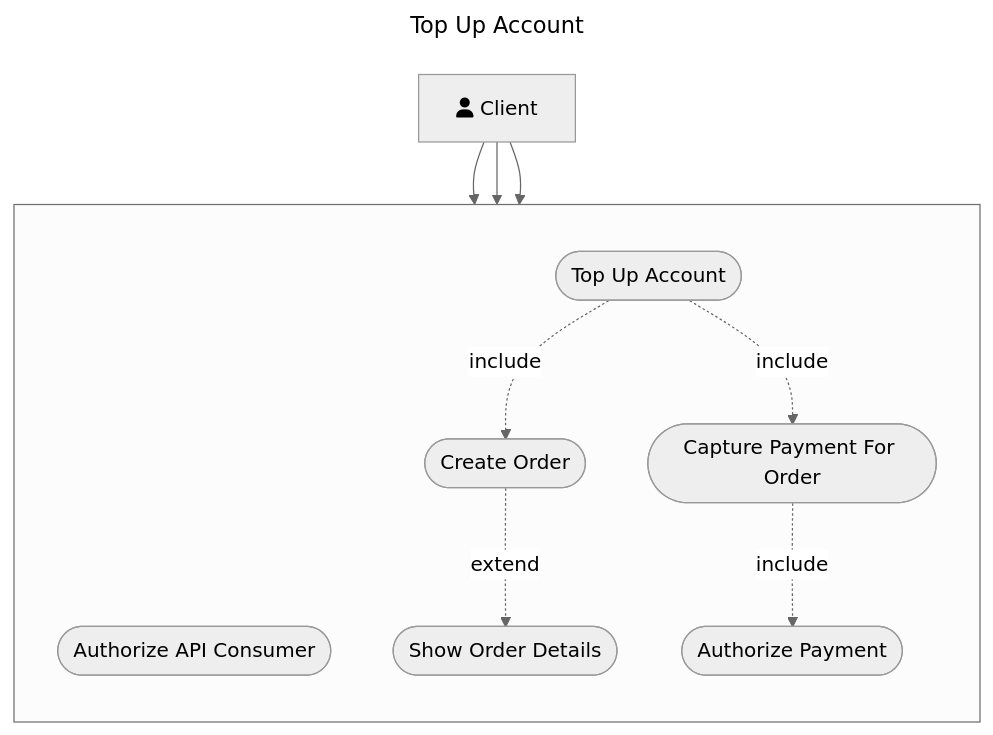
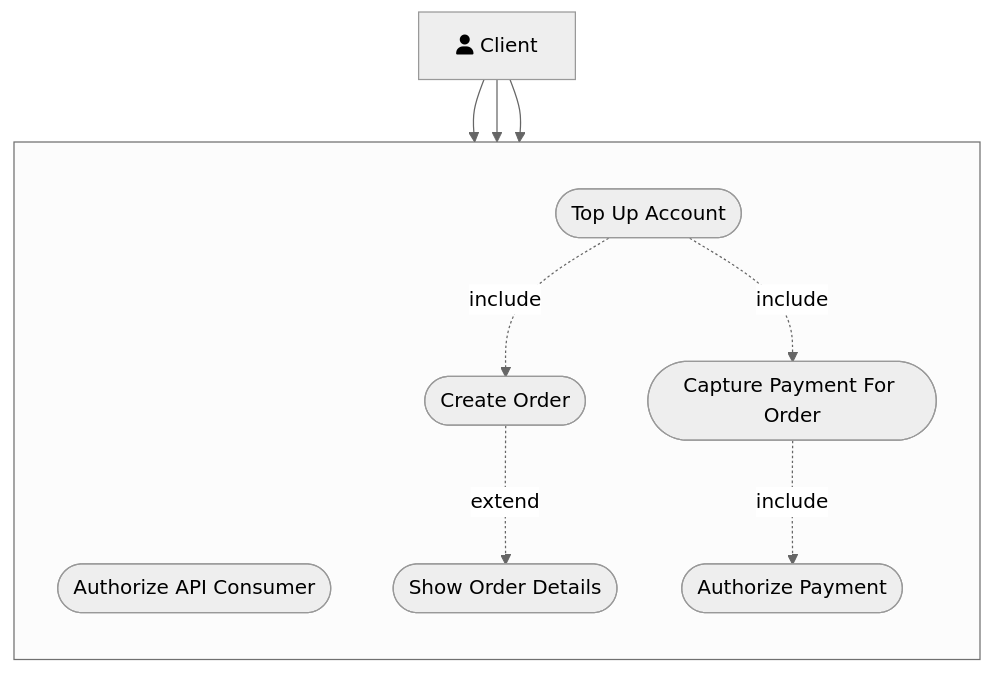
Before and after one commit to Kuziomkin/diagrams: the first of 3 diagrams in specification.md, drawn with Mermaid. The commit also changed other lines of this file, not shown here.

````diff
--- a/specification.md
+++ b/specification.md
@@ -44,34 +47,33 @@
 ```mermaid
 ---
-title: Top Up Account
 config:
   layout: dagre
   look: classic
   theme: neutral
 ---
     flowchart TB
         
         %% define actors
         C[fa:fa-user Client]
 
         subgraph " "
             direction TB
             %% define features
             A([Authorize API Consumer])
             T([Top Up Account])
             S([Show Order Details])
             CP([Capture Payment For Order])
             CO([Create Order])
             AP([Authorize Payment])
         end
 
         %% define relationships
         C --> A
         C --> T
         C --> S
         T -.include.-> CP
         T -.include.-> CO
         CO -.extend.-> S
         CP -.include.-> AP
       
 ```
````
